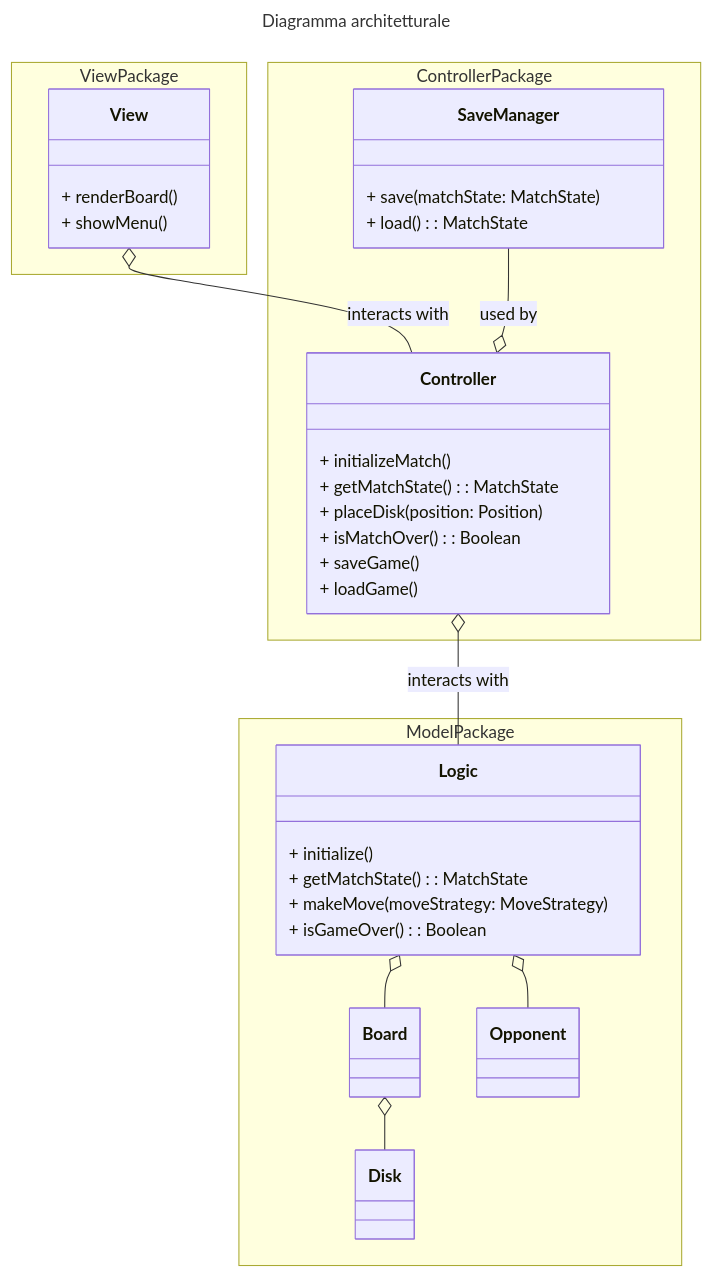
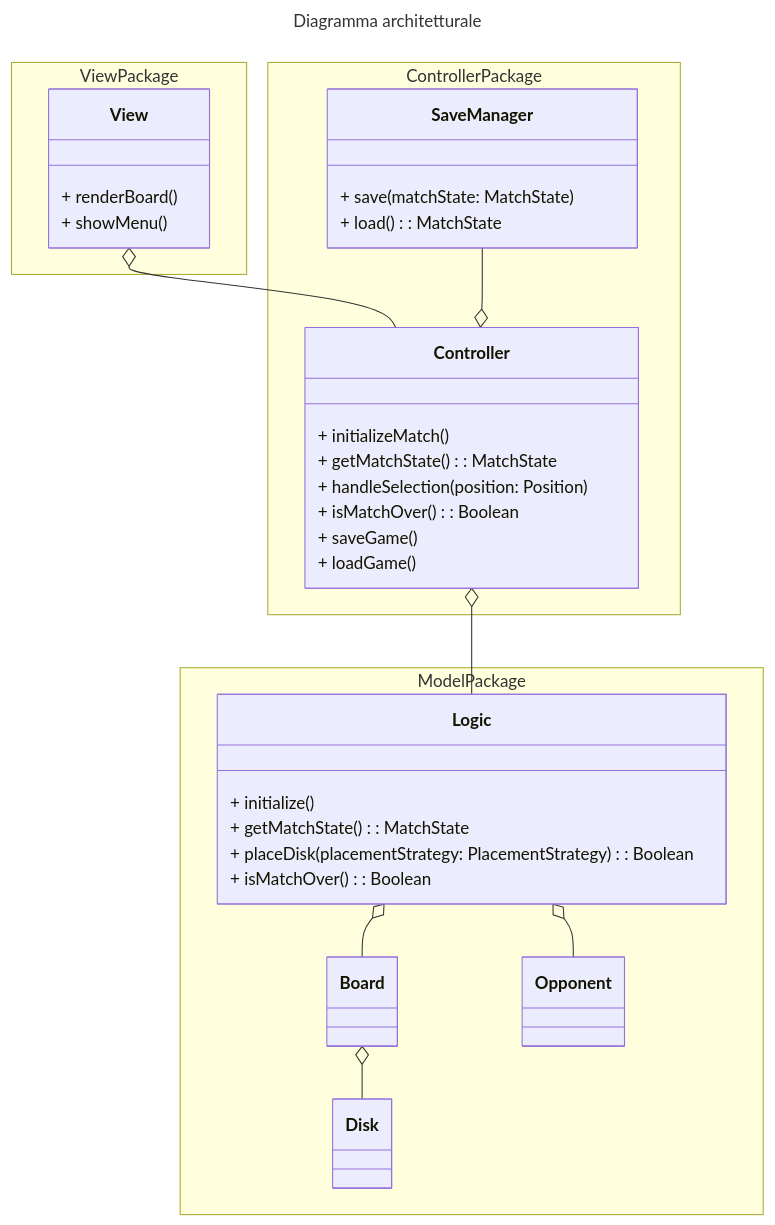
The diagram in docs/report/4-architectural-design.md (Borgotto/PPS-25-scalatello), drawn with Mermaid before and after one commit. The commit also changed 2 other files, not shown here.

Commit message:
update domain and architectural diagrams, add drafts to detailed design

````diff
--- a/docs/report/4-architectural-design.md
+++ b/docs/report/4-architectural-design.md
@@ -9,49 +9,48 @@
 ```mermaid
 ---
 title: Diagramma architetturale
 ---
 classDiagram
   namespace ViewPackage {
     class View {
       + renderBoard()
       + showMenu()
     }
   }
   namespace ControllerPackage {
     class Controller {
       + initializeMatch()
       + getMatchState(): MatchState
-      + placeDisk(position: Position)
+      + handleSelection(position: Position)
       + isMatchOver(): Boolean
       + saveGame()
       + loadGame()
     }
     class SaveManager {
       + save(matchState: MatchState)
       + load(): MatchState
     }
   }
   namespace ModelPackage {
     class Board {
     }
     class Disk {
     }
     class Logic {
       + initialize()
       + getMatchState(): MatchState
-      + makeMove(moveStrategy: MoveStrategy)
-      + isGameOver(): Boolean
+      + placeDisk(placementStrategy: PlacementStrategy): Boolean
+      + isMatchOver(): Boolean
     }
     class Opponent {
     }
   }
 
-  View o-- Controller : interacts with
-  Controller o-- Logic : interacts with
-  SaveManager --o Controller : used by
+  View o-- Controller
+  Controller o-- Logic
+  SaveManager --o Controller
   
   Logic o-- Board
   Logic o-- Opponent
   Board o-- Disk
-
 ```
````
